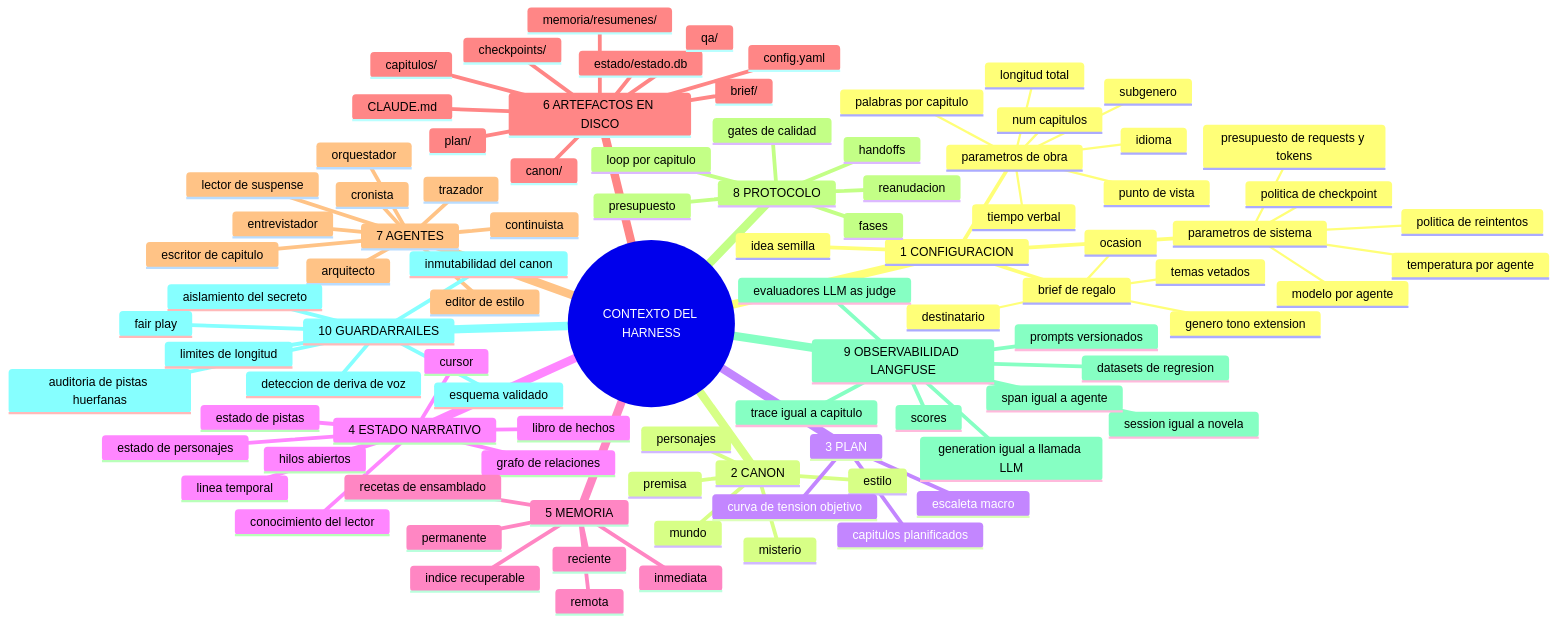
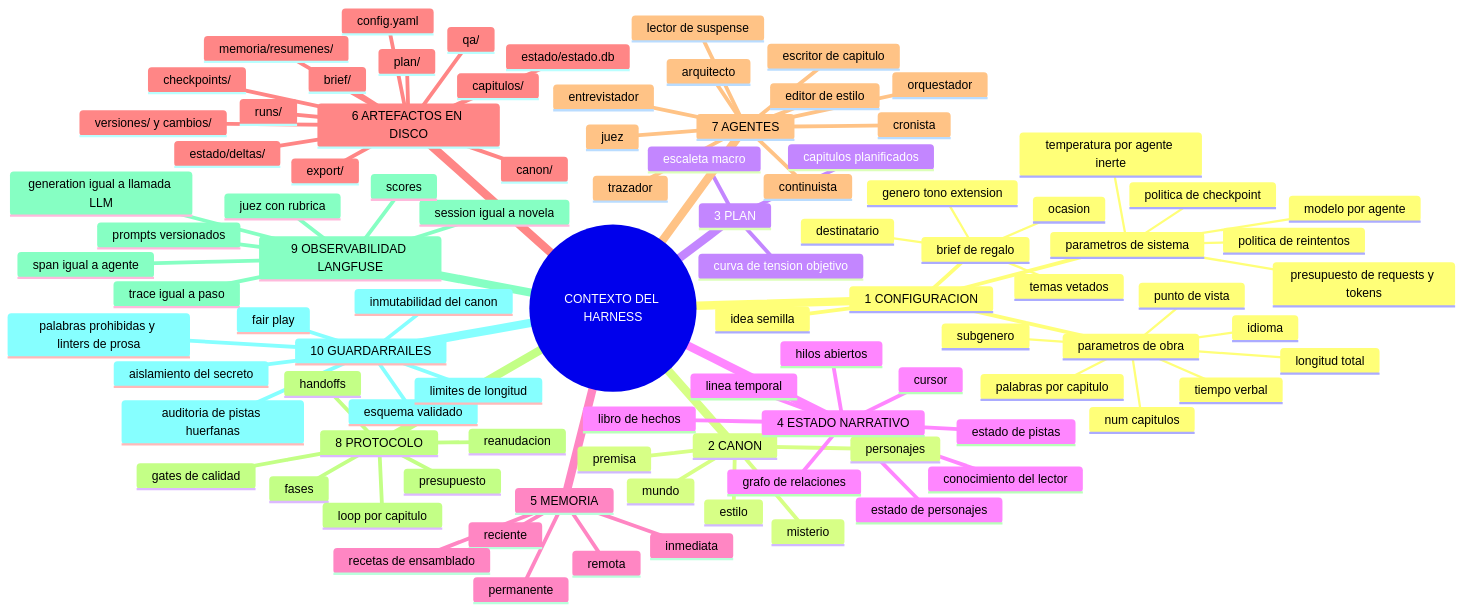
One commit to 4rtuz/story-maker changed the first of 6 diagrams in docs/domain-knowledge.md. Above: the diagram before and after it, drawn with Mermaid. The commit also changed other lines of this file and 3 other files, not shown here.

````diff
--- a/docs/domain-knowledge.md
+++ b/docs/domain-knowledge.md
@@ -26,7 +26,7 @@
         idioma
       parametros de sistema
         modelo por agente
-        temperatura por agente
+        temperatura por agente inerte
         presupuesto de requests y tokens
         politica de reintentos
         politica de checkpoint
@@ -54,7 +54,6 @@
       reciente
       remota
       permanente
-      indice recuperable
       recetas de ensamblado
     6 ARTEFACTOS EN DISCO
       config.yaml
@@ -66,7 +65,10 @@
       capitulos/
       qa/
       checkpoints/
-      CLAUDE.md
+      estado/deltas/
+      runs/
+      export/
+      versiones/ y cambios/
     7 AGENTES
       orquestador
       entrevistador
@@ -77,6 +79,7 @@
       editor de estilo
       lector de suspense
       cronista
+      juez
     8 PROTOCOLO
       fases
       loop por capitulo
@@ -86,19 +89,18 @@
       presupuesto
     9 OBSERVABILIDAD LANGFUSE
       session igual a novela
-      trace igual a capitulo
+      trace igual a paso
       span igual a agente
       generation igual a llamada LLM
       prompts versionados
       scores
-      evaluadores LLM as judge
-      datasets de regresion
+      juez con rubrica
     10 GUARDARRAILES
       esquema validado
       inmutabilidad del canon
       aislamiento del secreto
       fair play
       limites de longitud
-      deteccion de deriva de voz
+      palabras prohibidas y linters de prosa
       auditoria de pistas huerfanas
 ```
````
